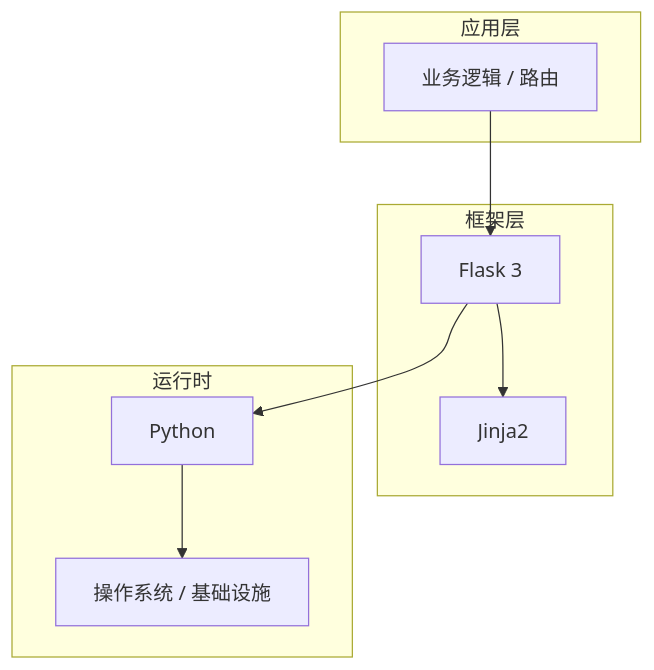
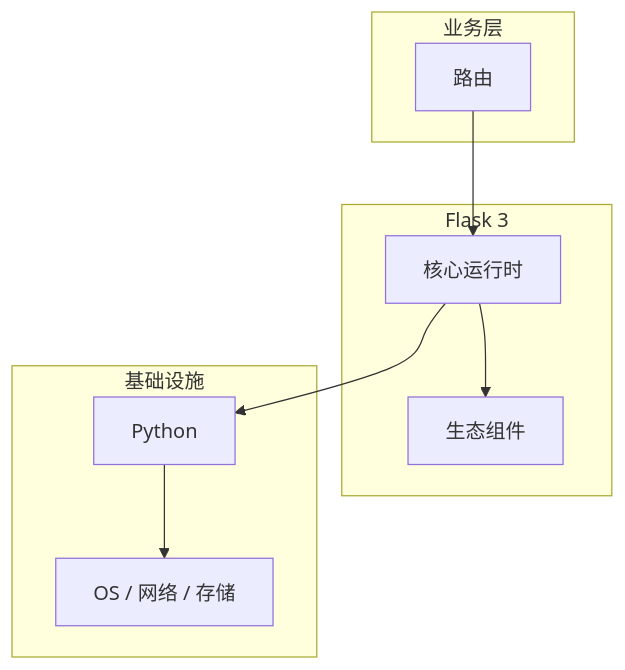
The diagram in articles/Flask/chapters/006-路由核心概念与原理.md (yanggan2015/knowledge-json-v2), drawn with Mermaid before and after one commit. The commit also changed other lines of this file and 10127 other files, not shown here.

````diff
--- a/articles/Flask/chapters/006-路由核心概念与原理.md
+++ b/articles/Flask/chapters/006-路由核心概念与原理.md
@@ -45,18 +30,18 @@
 ```mermaid
 graph TB
-    subgraph 应用层
-        A[业务逻辑 / 路由]
+    subgraph 业务层
+        A[路由]
     end
-    subgraph 框架层
-        B[Flask 3]
-        C[Jinja2]
+    subgraph Flask 3
+        B[核心运行时]
+        C[生态组件]
     end
-    subgraph 运行时
+    subgraph 基础设施
         D[Python]
-        E[操作系统 / 基础设施]
+        E[OS / 网络 / 存储]
     end
     A --> B
     B --> C
     B --> D
     D --> E
 ```
````
